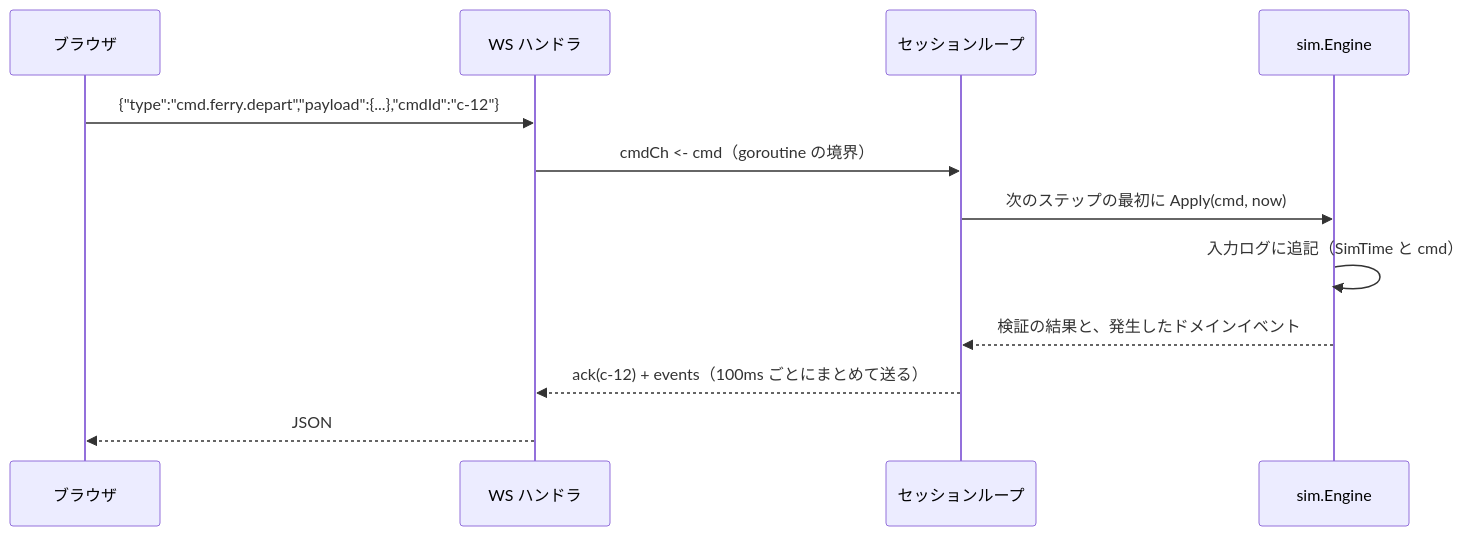
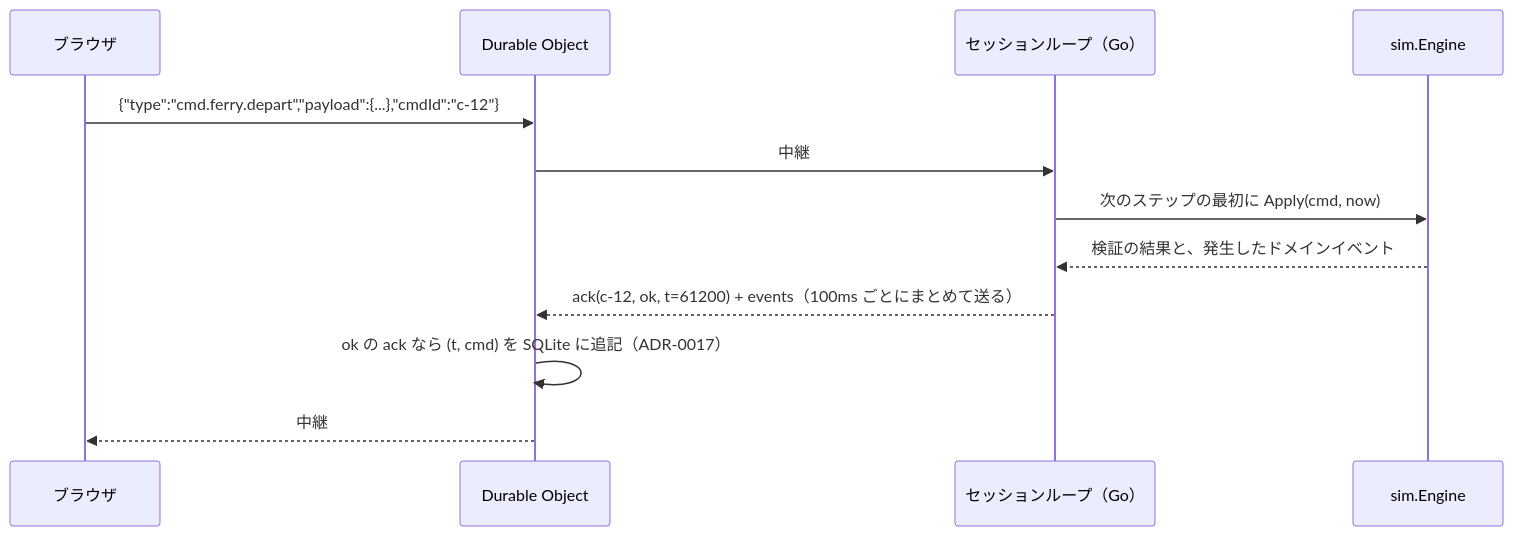
One commit to K-Kizuku/raft-game changed the seventh of 9 diagrams in docs/02-architecture.md. Above: the diagram before and after it, drawn with Mermaid. The commit also changed other lines of this file and 30 other files, not shown here.

````diff
--- a/docs/02-architecture.md
+++ b/docs/02-architecture.md
@@ -199,14 +248,14 @@
 ```mermaid
 sequenceDiagram
     participant UI as ブラウザ
-    participant WS as WS ハンドラ
-    participant S as セッションループ
+    participant DO as Durable Object
+    participant S as セッションループ（Go）
     participant E as sim.Engine
-    UI->>WS: {"type":"cmd.ferry.depart","payload":{...},"cmdId":"c-12"}
-    WS->>S: cmdCh <- cmd（goroutine の境界）
+    UI->>DO: {"type":"cmd.ferry.depart","payload":{...},"cmdId":"c-12"}
+    DO->>S: 中継
     S->>E: 次のステップの最初に Apply(cmd, now)
-    E->>E: 入力ログに追記（SimTime と cmd）
     E-->>S: 検証の結果と、発生したドメインイベント
-    S-->>WS: ack(c-12) + events（100ms ごとにまとめて送る）
-    WS-->>UI: JSON
+    S-->>DO: ack(c-12, ok, t=61200) + events（100ms ごとにまとめて送る）
+    DO->>DO: ok の ack なら (t, cmd) を SQLite に追記（ADR-0017）
+    DO-->>UI: 中継
 ```
````
